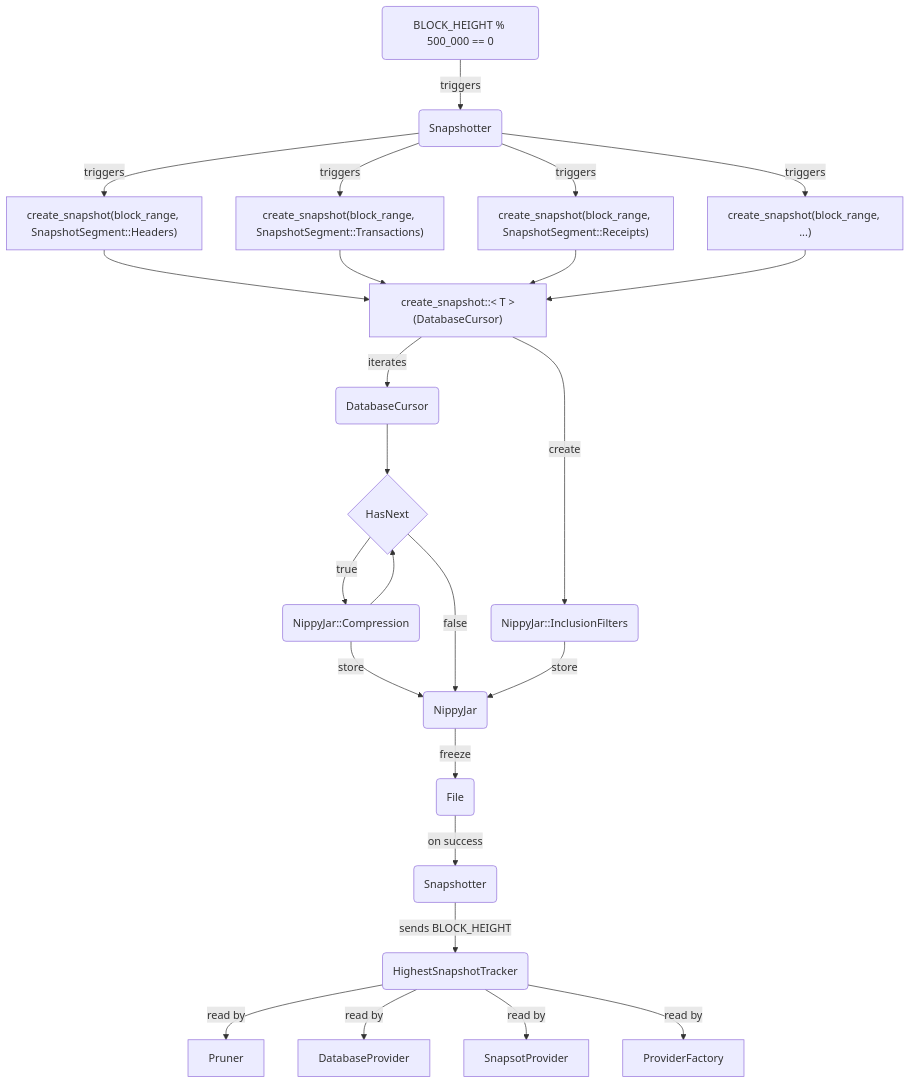
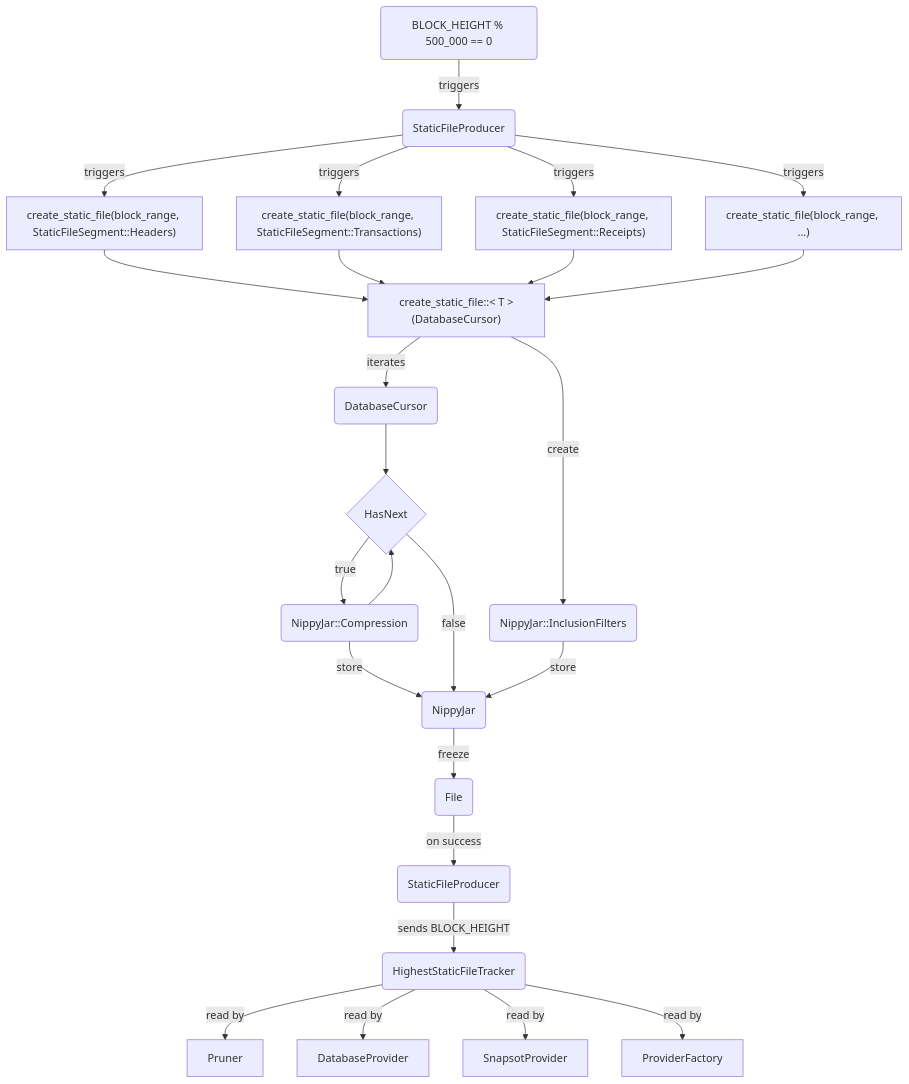
Before and after one commit to paradigmxyz/reth: the first of 2 diagrams in crates/static-file/README.md, drawn with Mermaid. The commit also changed other lines of this file and 59 other files, not shown here.

````diff
--- a/crates/static-file/README.md
+++ b/crates/static-file/README.md
@@ -14,27 +14,27 @@
 ```mermaid
 graph TD;
-    I("BLOCK_HEIGHT % 500_000 == 0")--triggers-->SP(Snapshotter)
-    SP --> |triggers| SH["create_snapshot(block_range, SnapshotSegment::Headers)"]
-    SP --> |triggers| ST["create_snapshot(block_range, SnapshotSegment::Transactions)"]
-    SP --> |triggers| SR["create_snapshot(block_range, SnapshotSegment::Receipts)"]
-    SP --> |triggers| ETC["create_snapshot(block_range, ...)"]
-    SH --> CS["create_snapshot::&lt; T &gt;(DatabaseCursor)"]
+    I("BLOCK_HEIGHT % 500_000 == 0")--triggers-->SP(StaticFileProducer)
+    SP --> |triggers| SH["create_static_file(block_range, StaticFileSegment::Headers)"]
+    SP --> |triggers| ST["create_static_file(block_range, StaticFileSegment::Transactions)"]
+    SP --> |triggers| SR["create_static_file(block_range, StaticFileSegment::Receipts)"]
+    SP --> |triggers| ETC["create_static_file(block_range, ...)"]
+    SH --> CS["create_static_file::&lt; T &gt;(DatabaseCursor)"]
     ST --> CS
     SR --> CS
     ETC --> CS
     CS --> |create| IF(NippyJar::InclusionFilters)
     CS -- iterates --> DC(DatabaseCursor) -->HN{HasNext} 
     HN --> |true| NJC(NippyJar::Compression)
     NJC --> HN
     NJC --store--> NJ
     HN --> |false| NJ 
     IF --store--> NJ(NippyJar)
     NJ --freeze--> F(File)
-    F--"on success"--> SP1(Snapshotter)
-    SP1 --"sends BLOCK_HEIGHT"--> HST(HighestSnapshotTracker)
+    F--"on success"--> SP1(StaticFileProducer)
+    SP1 --"sends BLOCK_HEIGHT"--> HST(HighestStaticFileTracker)
     HST --"read by"-->Pruner
     HST --"read by"-->DatabaseProvider
     HST --"read by"-->SnapsotProvider
     HST --"read by"-->ProviderFactory
 
 ```
````
